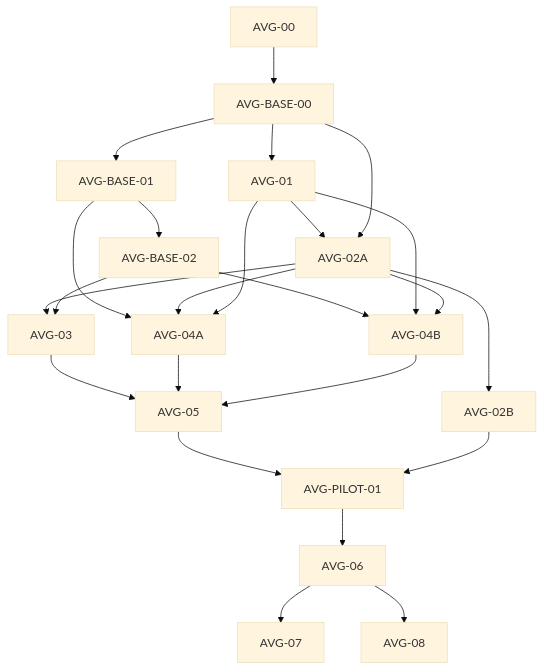
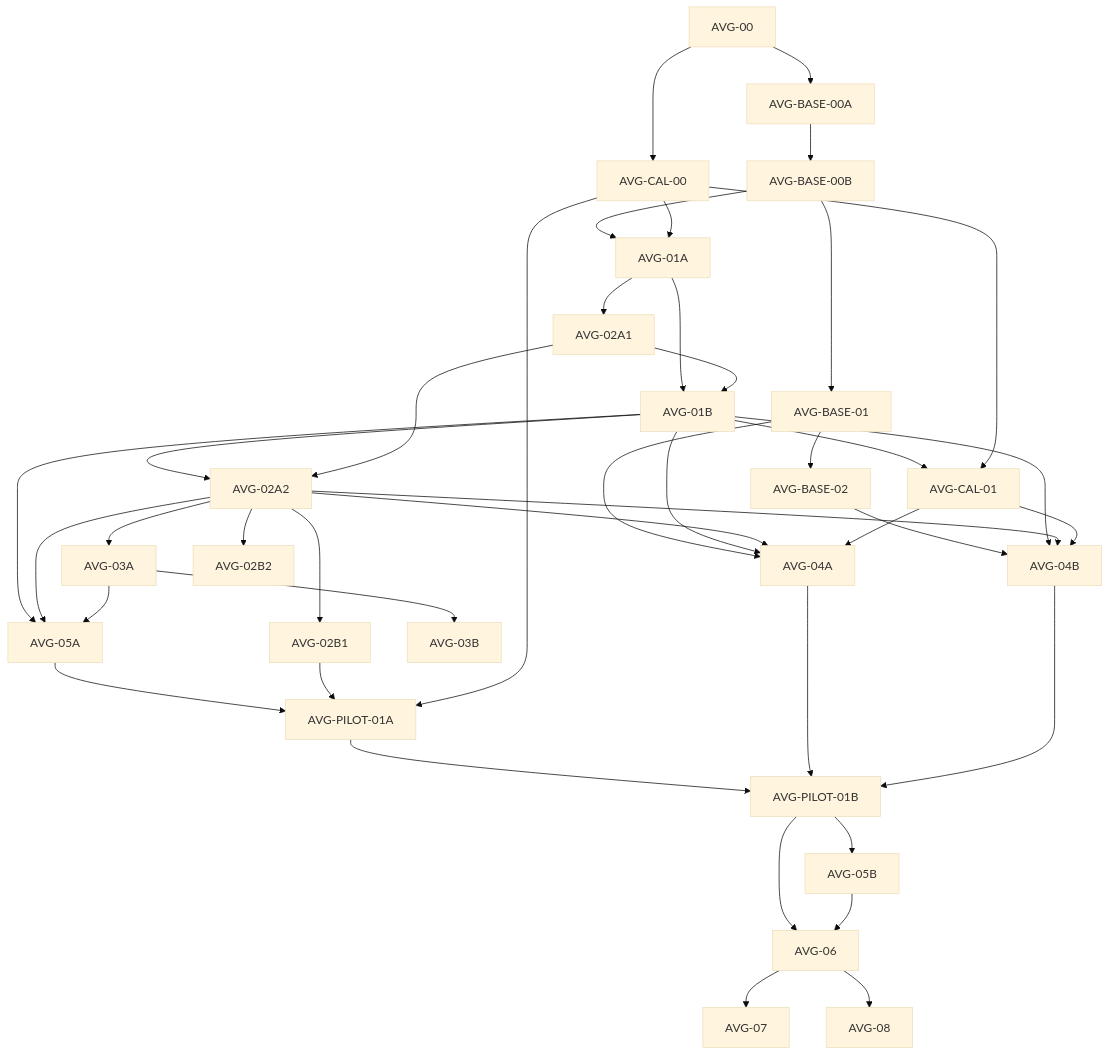
One commit to jiweigithub/storyforge changed the diagram in docs/roadmap/AVG-IMPLEMENTATION-PLAN.md. Above: the diagram before and after it, drawn with Mermaid (base theme). The commit also changed other lines of this file and 10 other files, not shown here.

````diff
--- a/docs/roadmap/AVG-IMPLEMENTATION-PLAN.md
+++ b/docs/roadmap/AVG-IMPLEMENTATION-PLAN.md
@@ -39,26 +46,43 @@
 ```mermaid
 flowchart TD
-  D[AVG-00] --> B0[AVG-BASE-00]
-  B0 --> B1[AVG-BASE-01]
-  B1 --> B2[AVG-BASE-02]
-  B0 --> C[AVG-01]
-  C --> S[AVG-02A]
-  B0 --> S
-  S --> O[AVG-02B]
-  S --> P[AVG-03]
-  B2 --> P
-  B1 --> V[AVG-04A]
-  S --> V
-  C --> V
-  B2 --> A[AVG-04B]
-  C --> A
-  S --> A
-  P --> W[AVG-05]
-  V --> W
-  A --> W
-  W --> T[AVG-PILOT-01]
-  O --> T
-  T --> Q[AVG-06]
+  D[AVG-00] --> R[AVG-CAL-00]
+  D --> B0[AVG-BASE-00A]
+  B0 --> B1[AVG-BASE-00B]
+  B1 --> C0[AVG-01A]
+  R --> C0
+  C0 --> S0[AVG-02A1]
+  C0 --> C1[AVG-01B]
+  S0 --> C1
+  C1 --> K[AVG-CAL-01]
+  R --> K
+  C1 --> S1[AVG-02A2]
+  S0 --> S1
+  S1 --> I[AVG-02B1]
+  S1 --> P[AVG-03A]
+  C1 --> W0[AVG-05A]
+  S1 --> W0
+  P --> W0
+  W0 --> T0[AVG-PILOT-01A]
+  I --> T0
+  R --> T0
+  B1 --> M0[AVG-BASE-01]
+  M0 --> M1[AVG-BASE-02]
+  M0 --> V[AVG-04A]
+  C1 --> V
+  S1 --> V
+  K --> V
+  M1 --> A[AVG-04B]
+  C1 --> A
+  S1 --> A
+  K --> A
+  T0 --> T1[AVG-PILOT-01B]
+  V --> T1
+  A --> T1
+  T1 --> W1[AVG-05B]
+  T1 --> Q[AVG-06]
+  W1 --> Q
+  P --> G[AVG-03B]
+  S1 --> O[AVG-02B2]
   Q --> E[AVG-07]
-  Q --> G[AVG-08]
+  Q --> L[AVG-08]
 ```
````
